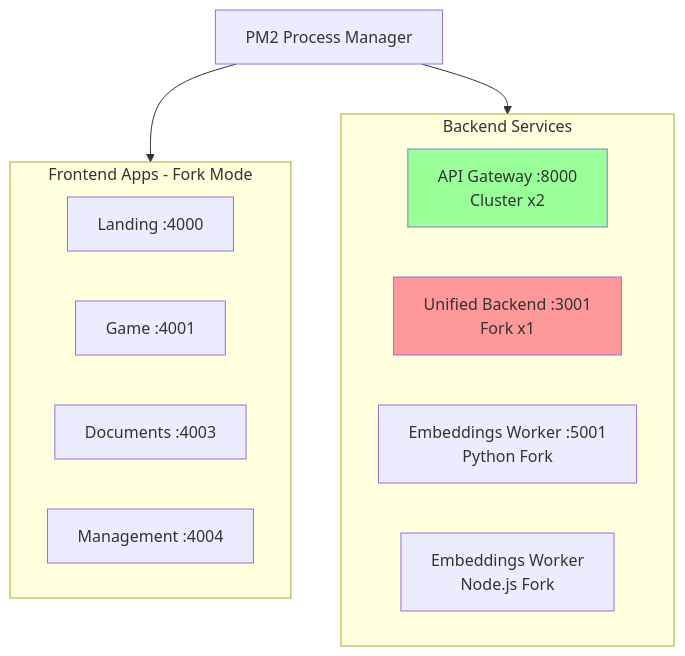
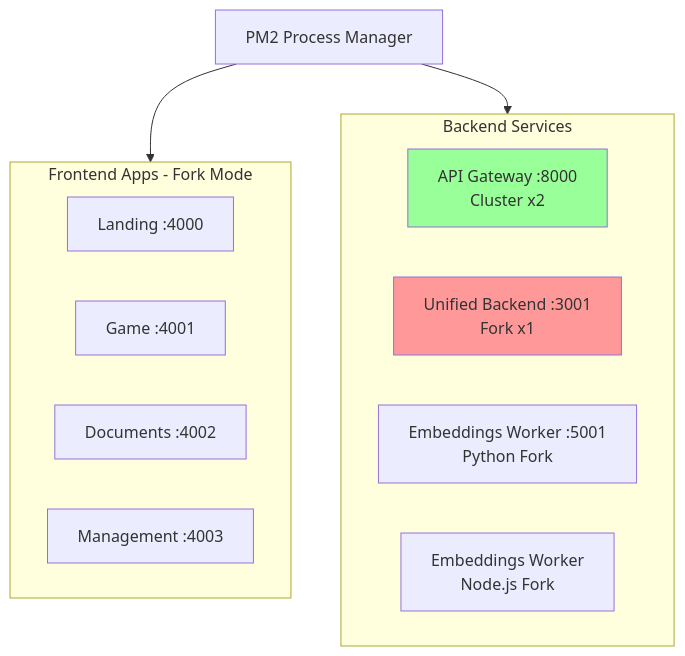
The first of 2 diagrams in deploy/docs/05-pm2-configuration.md (pagliagen/tenpennynovels), drawn with Mermaid before and after one commit. The commit also changed other lines of this file and 95 other files, not shown here.

````diff
--- a/deploy/docs/05-pm2-configuration.md
+++ b/deploy/docs/05-pm2-configuration.md
@@ -15,24 +15,24 @@
 ```mermaid
 flowchart TD
     PM2[PM2 Process Manager]
 
     subgraph Frontend[Frontend Apps - Fork Mode]
         L[Landing :4000]
         G[Game :4001]
-        D[Documents :4003]
-        M[Management :4004]
+        D[Documents :4002]
+        M[Management :4003]
     end
 
     subgraph Backend[Backend Services]
         GW[API Gateway :8000<br/>Cluster x2]
         UB[Unified Backend :3001<br/>Fork x1]
         EW1[Embeddings Worker :5001<br/>Python Fork]
         EW2[Embeddings Worker<br/>Node.js Fork]
     end
 
     PM2 --> Frontend
     PM2 --> Backend
 
     style UB fill:#ff9999
     style GW fill:#99ff99
 ```
````
